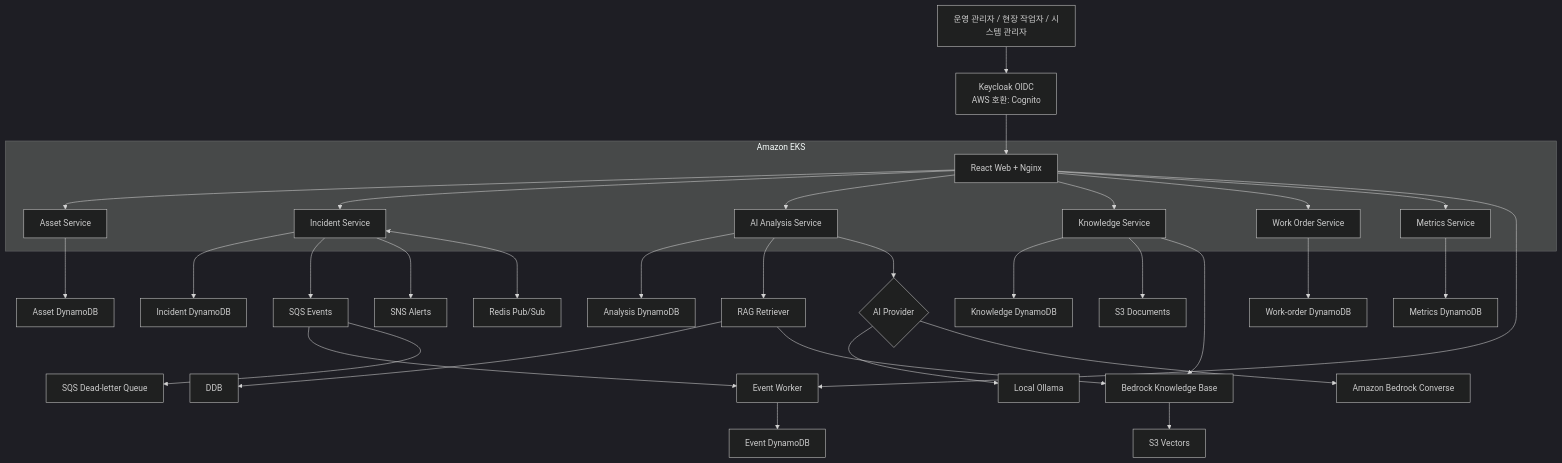
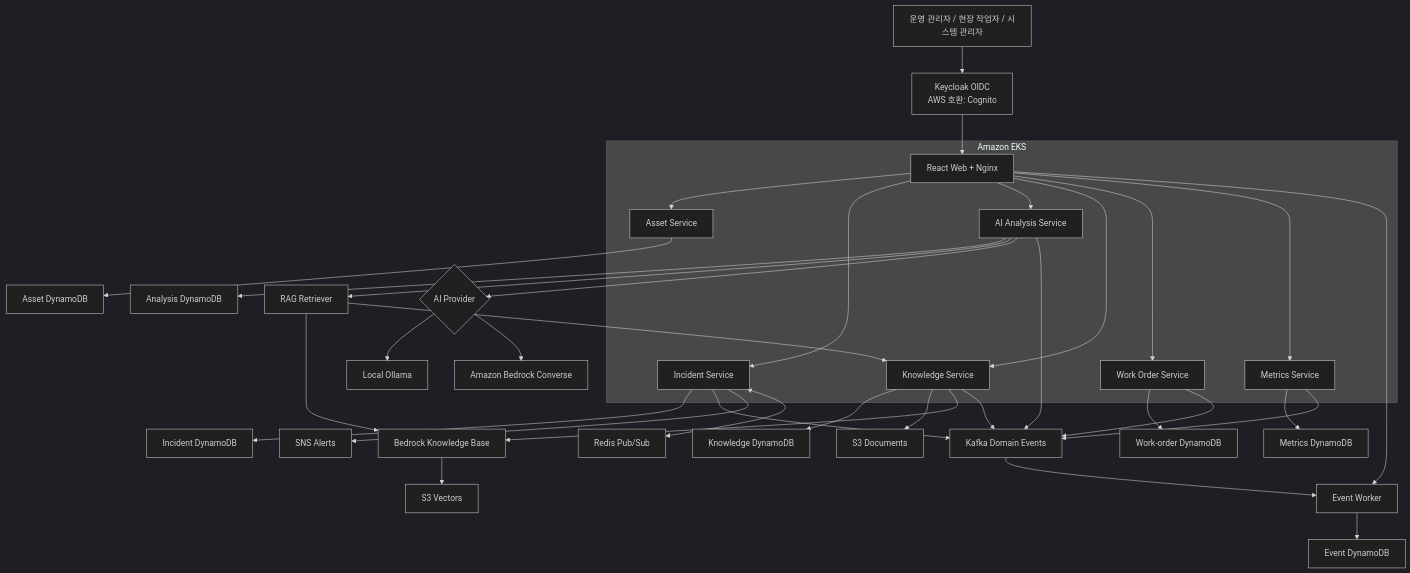
The second of 2 diagrams in README.md (choiseongjun/AX-sentinel), drawn with Mermaid (dark theme) before and after one commit. The commit also changed other lines of this file and 18 other files, not shown here.

Commit message:
Run domain events through Kafka

````diff
--- a/README.md
+++ b/README.md
@@ -154,51 +155,54 @@
 ```mermaid
 flowchart TB
     User["운영 관리자 / 현장 작업자 / 시스템 관리자"]
     OIDC["Keycloak OIDC<br/>AWS 호환: Cognito"]
     Web["React Web + Nginx"]
 
     User --> OIDC
     OIDC --> Web
 
     Web --> Asset["Asset Service"]
     Web --> Incident["Incident Service"]
     Web --> AI["AI Analysis Service"]
     Web --> Knowledge["Knowledge Service"]
     Web --> Work["Work Order Service"]
     Web --> Metrics["Metrics Service"]
     Web --> EventWorker["Event Worker"]
 
     Asset --> AssetDB["Asset DynamoDB"]
     Incident --> IncidentDB["Incident DynamoDB"]
     AI --> AnalysisDB["Analysis DynamoDB"]
     Knowledge --> KnowledgeDB["Knowledge DynamoDB"]
     Work --> WorkDB["Work-order DynamoDB"]
     Metrics --> MetricsDB["Metrics DynamoDB"]
     EventWorker --> EventDB["Event DynamoDB"]
 
     Knowledge --> S3["S3 Documents"]
     Knowledge --> KB["Bedrock Knowledge Base"]
     KB --> Vector["S3 Vectors"]
     AI --> RAG["RAG Retriever"]
-    RAG --> DDB
+    RAG --> Knowledge
     RAG --> KB
     AI --> Provider{"AI Provider"}
     Provider --> Ollama["Local Ollama"]
     Provider --> Bedrock["Amazon Bedrock Converse"]
 
-    Incident --> SQS["SQS Events"]
-    SQS --> EventWorker
-    SQS --> DLQ["SQS Dead-letter Queue"]
+    Incident --> Kafka["Kafka Domain Events"]
+    AI --> Kafka
+    Knowledge --> Kafka
+    Work --> Kafka
+    Metrics --> Kafka
+    Kafka --> EventWorker
     Incident --> SNS["SNS Alerts"]
     Incident <--> Redis["Redis Pub/Sub"]
 
     subgraph EKS["Amazon EKS"]
         Web
         Asset
         Incident
         AI
         Knowledge
         Work
         Metrics
     end
 ```
````
